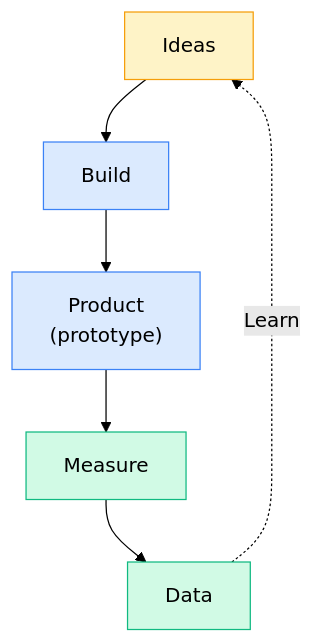
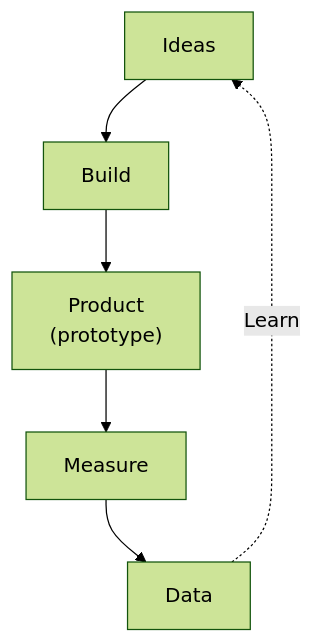
Before and after one commit to smileynet/ui-optimizer: the diagram in docs/product-design/explanation/lean-ux.md, drawn with Mermaid (forest theme). The commit also changed 6 other files, not shown here.

First line of the commit message:
fix: remove hardcoded Mermaid fill colors for dark mode compatibility

````diff
--- a/docs/product-design/explanation/lean-ux.md
+++ b/docs/product-design/explanation/lean-ux.md
@@ -23,14 +23,8 @@
 ```mermaid
 flowchart TB
     IDEAS[Ideas] --> BUILD[Build]
     BUILD --> PRODUCT["Product<br/>(prototype)"]
     PRODUCT --> MEASURE[Measure]
     MEASURE --> DATA[Data]
     DATA -.->|Learn| IDEAS
-    
-    style IDEAS fill:#fef3c7,stroke:#f59e0b
-    style BUILD fill:#dbeafe,stroke:#3b82f6
-    style PRODUCT fill:#dbeafe,stroke:#3b82f6
-    style MEASURE fill:#d1fae5,stroke:#10b981
-    style DATA fill:#d1fae5,stroke:#10b981
 ```
````
